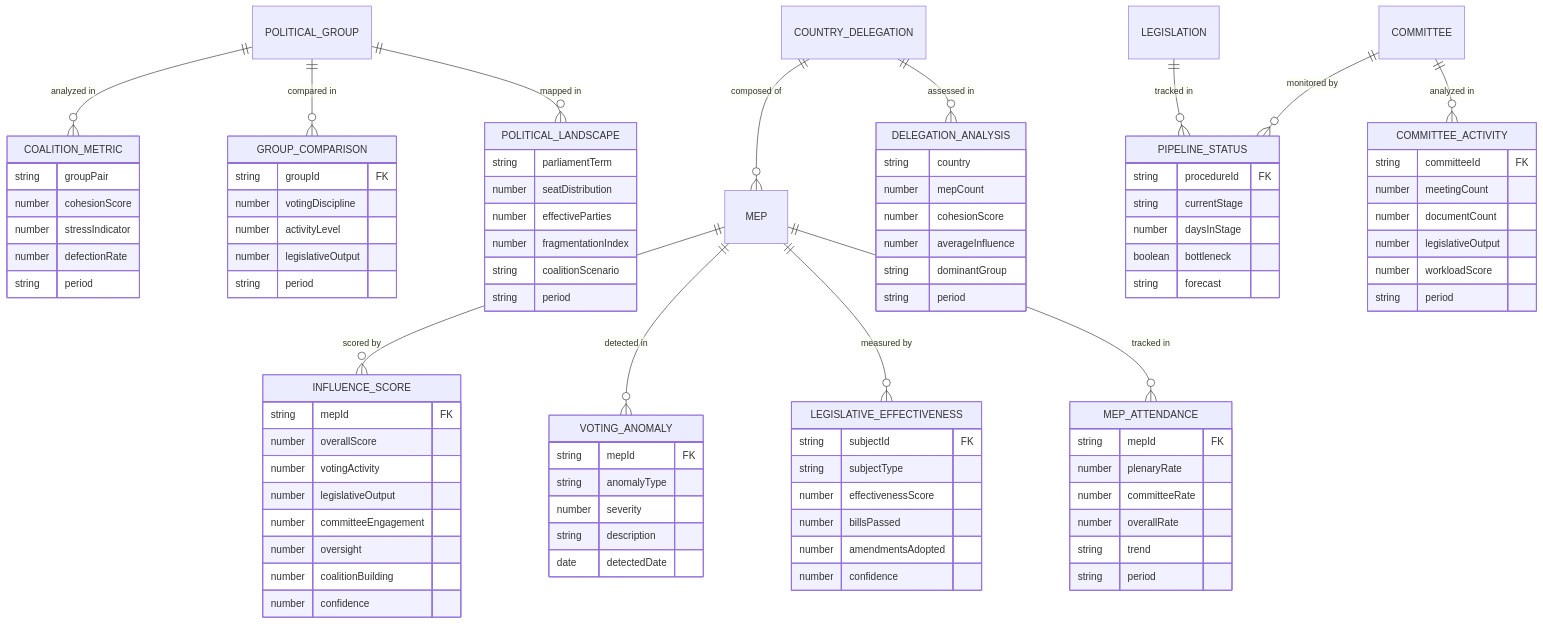
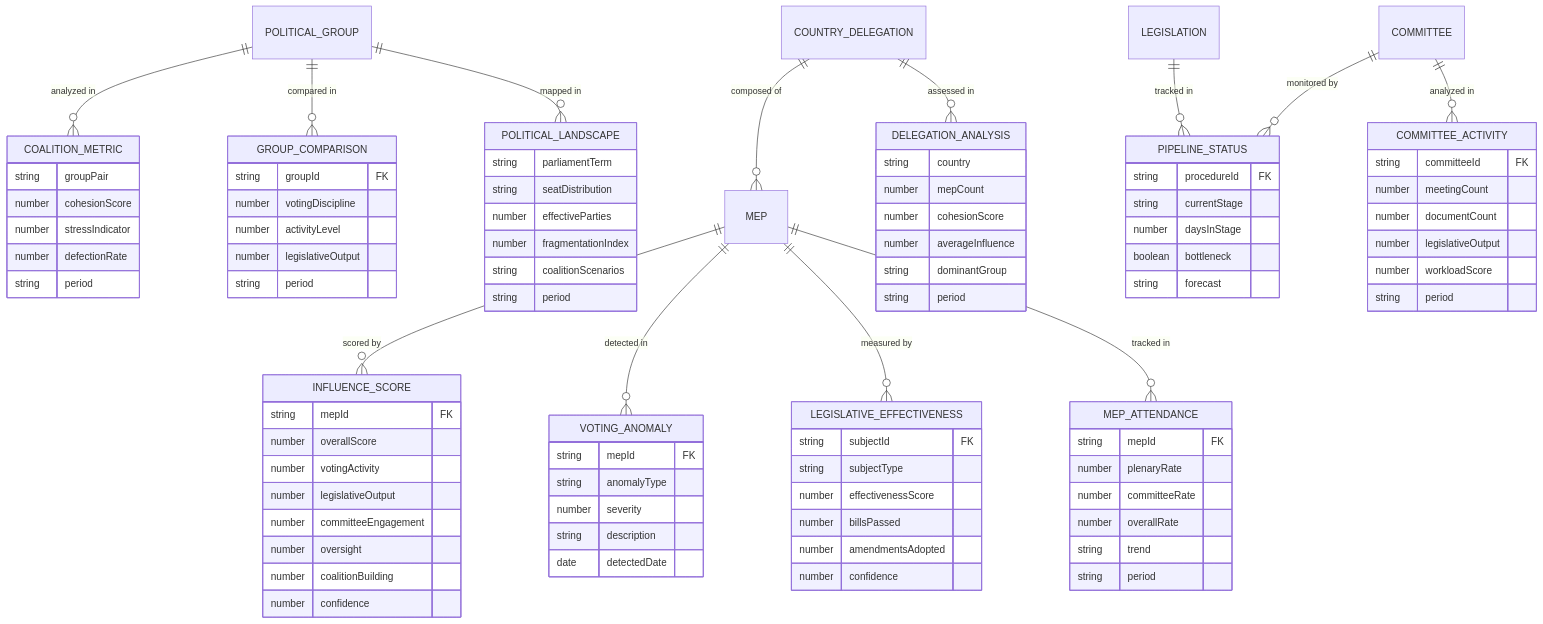
Before and after one commit to Hack23/European-Parliament-MCP-Server: the second of 4 diagrams in DATA_MODEL.md, drawn with Mermaid.

Commit message:
fix: correct DATA_MODEL.md ER diagram field types per code review

````diff
--- a/DATA_MODEL.md
+++ b/DATA_MODEL.md
@@ -502,10 +502,10 @@
     
     POLITICAL_LANDSCAPE {
         string parliamentTerm
-        number seatDistribution
+        string seatDistribution
         number effectiveParties
         number fragmentationIndex
-        string coalitionScenario
+        string coalitionScenarios
         string period
     }
 ```
````
